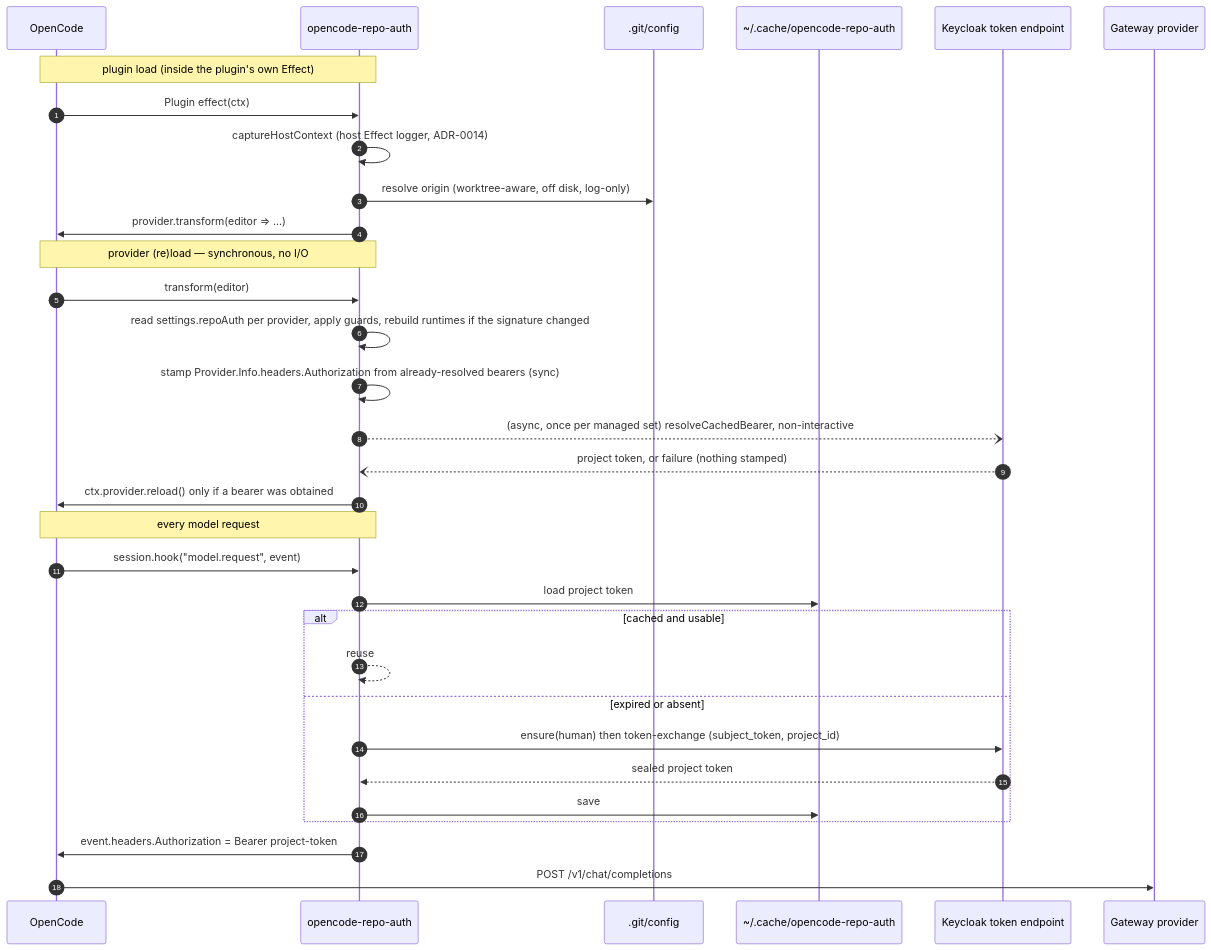
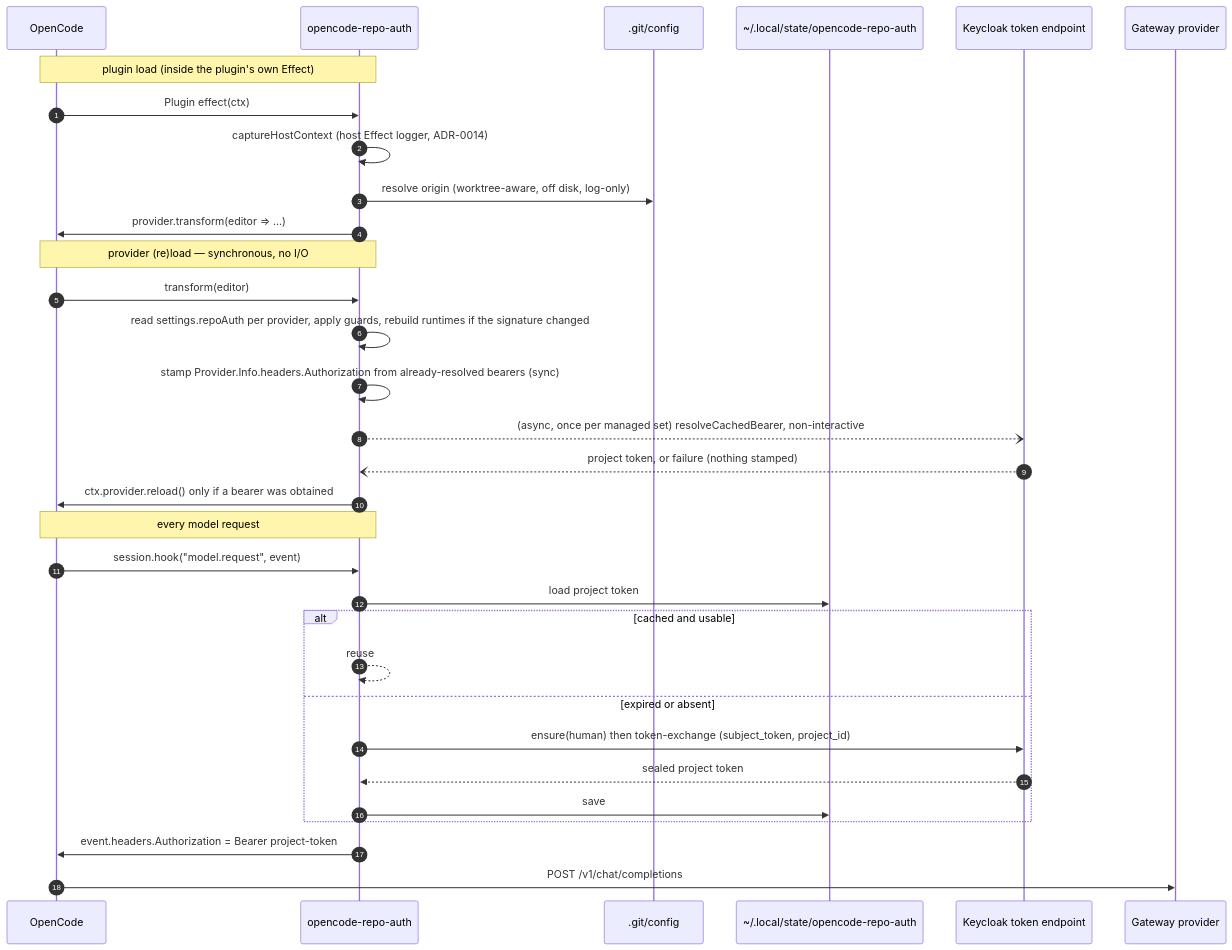
The first of 3 diagrams in docs/repo-auth.md (ADORSYS-GIS/lightbridge-opencode-toolbeit), drawn with Mermaid before and after one commit. The commit also changed other lines of this file and 68 other files, not shown here.

````diff
--- a/docs/repo-auth.md
+++ b/docs/repo-auth.md
@@ -62,37 +62,37 @@
 ```mermaid
 sequenceDiagram
     autonumber
     participant OC as OpenCode
     participant RA as opencode-repo-auth
     participant Git as .git/config
-    participant Cache as ~/.cache/opencode-repo-auth
+    participant Cache as ~/.local/state/opencode-repo-auth
     participant KC as Keycloak token endpoint
     participant GW as Gateway provider
 
     Note over OC,RA: plugin load (inside the plugin's own Effect)
     OC->>RA: Plugin effect(ctx)
     RA->>RA: captureHostContext (host Effect logger, ADR-0014)
     RA->>Git: resolve origin (worktree-aware, off disk, log-only)
     RA->>OC: provider.transform(editor => ...)
 
     Note over OC,RA: provider (re)load — synchronous, no I/O
     OC->>RA: transform(editor)
     RA->>RA: read settings.repoAuth per provider, apply guards, rebuild runtimes if the signature changed
     RA->>RA: stamp Provider.Info.headers.Authorization from already-resolved bearers (sync)
     RA--)KC: (async, once per managed set) resolveCachedBearer, non-interactive
     KC--)RA: project token, or failure (nothing stamped)
     RA->>OC: ctx.provider.reload() only if a bearer was obtained
 
     Note over OC,RA: every model request
     OC->>RA: session.hook("model.request", event)
     RA->>Cache: load project token
     alt cached and usable
         RA-->>RA: reuse
     else expired or absent
         RA->>KC: ensure(human) then token-exchange (subject_token, project_id)
         KC-->>RA: sealed project token
         RA->>Cache: save
     end
     RA->>OC: event.headers.Authorization = Bearer project-token
     OC->>GW: POST /v1/chat/completions
 ```
````
